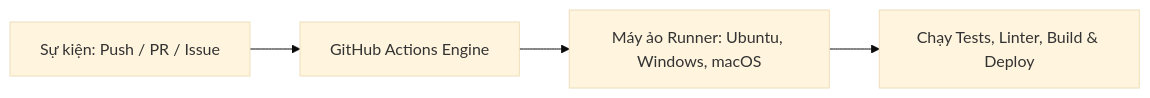
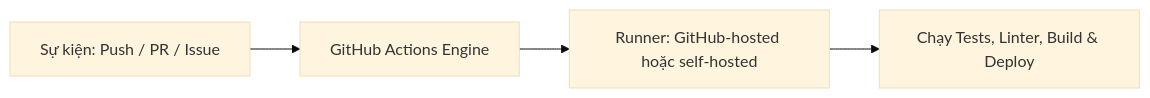
The diagram in courses/07-github-actions/02-github-actions-intro/lesson.md (maitamdev/Git), drawn with Mermaid (base theme) before and after one commit. The commit also changed other lines of this file and 478 other files, not shown here.

Commit message:
feat: prepare Git Academy public self-study course

````diff
--- a/courses/07-github-actions/02-github-actions-intro/lesson.md
+++ b/courses/07-github-actions/02-github-actions-intro/lesson.md
@@ -34,6 +34,6 @@
 ```mermaid
 flowchart LR
     Event[Sự kiện: Push / PR / Issue] --> Engine[GitHub Actions Engine]
-    Engine --> Runners[Máy ảo Runner: Ubuntu, Windows, macOS]
+    Engine --> Runners[Runner: GitHub-hosted hoặc self-hosted]
     Runners --> Jobs[Chạy Tests, Linter, Build & Deploy]
 ```
````
